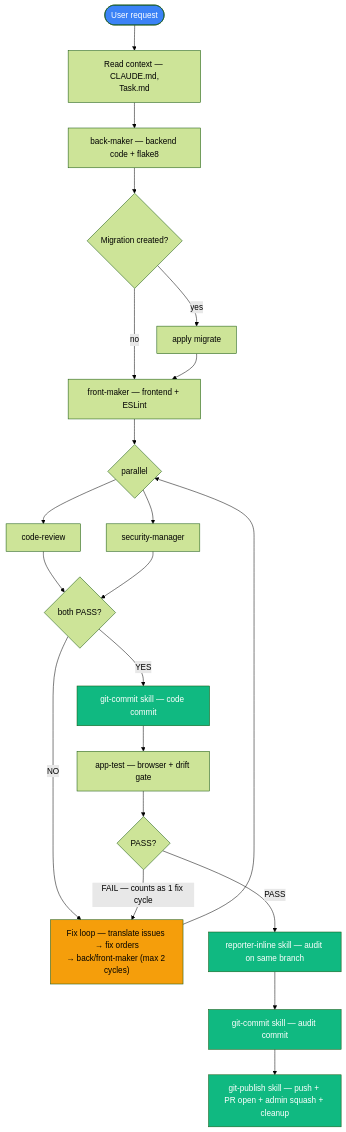
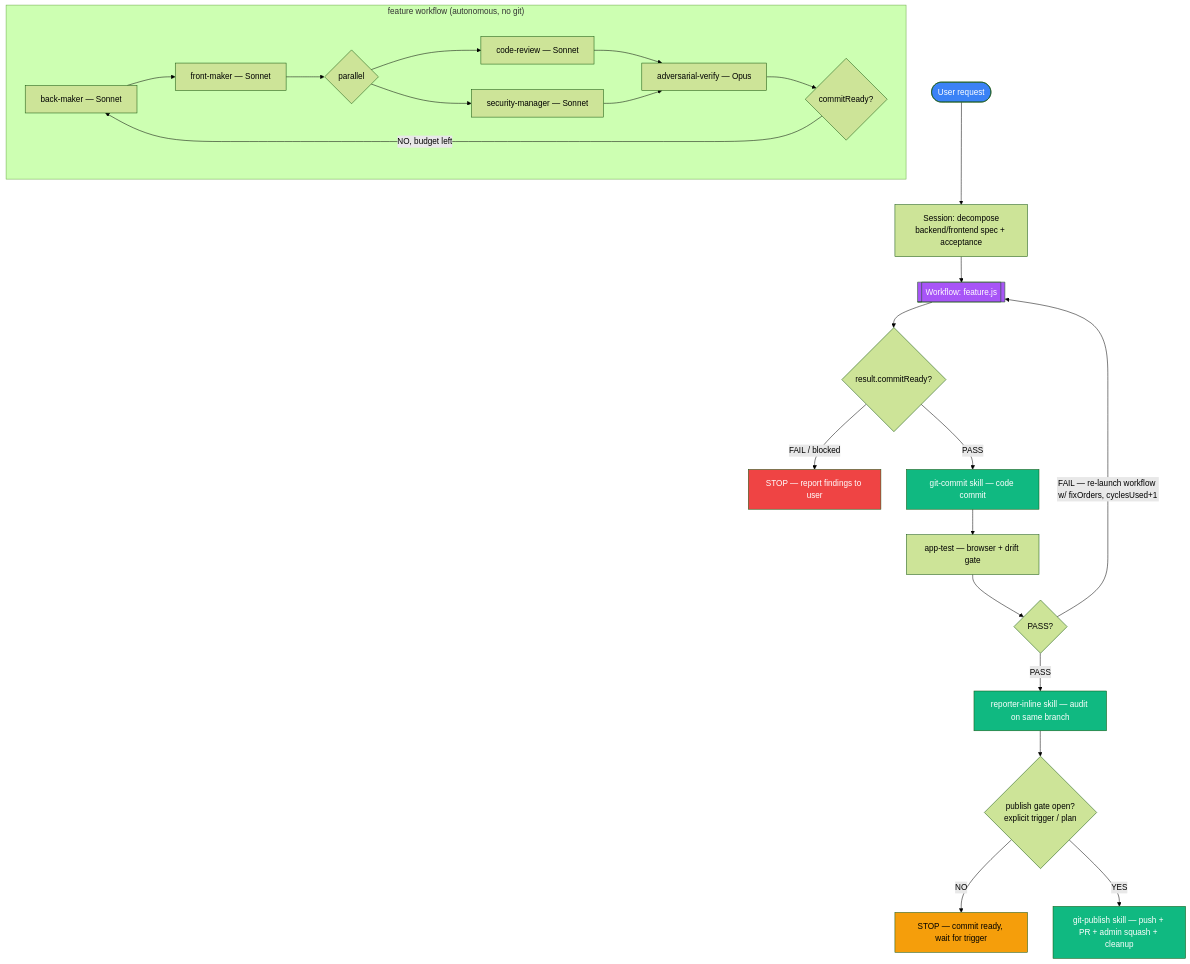
The second of 2 diagrams in .claude/WORKFLOW.md (hongikarchi/archi-tinder), drawn with Mermaid (forest theme) before and after one commit. The commit also changed other lines of this file and 95 other files, not shown here.

First line of the commit message:
deploy: batch #225->#246 — image right-size + Taste flow + discovery 113s->6s + algo-axis (#247)

````diff
--- a/.claude/WORKFLOW.md
+++ b/.claude/WORKFLOW.md
@@ -84,30 +122,33 @@
 ```mermaid
 flowchart TD
-    Start([User request]) --> Ctx[Read context — CLAUDE.md,<br/>Task.md]
-    Ctx --> BM[back-maker — backend code + flake8]
-    BM --> Mig{Migration created?}
-    Mig -->|yes| Migrate[apply migrate]
-    Mig -->|no| FM
-    Migrate --> FM[front-maker — frontend + ESLint]
-    FM --> Par{parallel}
-    Par --> RV[code-review]
-    Par --> SC[security-manager]
-    RV --> Dec{both PASS?}
-    SC --> Dec
-    Dec -->|NO| FL["Fix loop — translate issues → fix orders<br/>→ back/front-maker (max 2 cycles)"]
-    FL --> Par
-    Dec -->|YES| GC["git-commit skill — code commit"]
-    GC --> AT[app-test — browser + drift gate]
-    AT --> ATv{PASS?}
-    ATv -->|FAIL — counts as 1 fix cycle| FL
-    ATv -->|PASS| RIn["reporter-inline skill — audit on same branch"]
-    RIn --> GC2["git-commit skill — audit commit"]
-    GC2 --> PG["git-publish skill — push + PR open + admin squash + cleanup"]
+    Start(["User request"]) --> Dec["Session: decompose<br/>backend/frontend spec + acceptance"]
+    Dec --> WF[["Workflow: feature.js"]]
+    subgraph WF_INNER["feature workflow (autonomous, no git)"]
+      BM["back-maker — Sonnet"] --> FM["front-maker — Sonnet"]
+      FM --> Par{"parallel"}
+      Par --> RV["code-review — Sonnet"]
+      Par --> SC["security-manager — Sonnet"]
+      RV --> VF["adversarial-verify — Opus"]
+      SC --> VF
+      VF --> Dv{"commitReady?"}
+      Dv -->|"NO, budget left"| BM
+    end
+    WF --> Res{"result.commitReady?"}
+    Res -->|"FAIL / blocked"| Stop1["STOP — report findings to user"]
+    Res -->|"PASS"| GC["git-commit skill — code commit"]
+    GC --> AT["app-test — browser + drift gate"]
+    AT --> ATv{"PASS?"}
+    ATv -->|"FAIL — re-launch workflow w/ fixOrders, cyclesUsed+1"| WF
+    ATv -->|"PASS"| RIn["reporter-inline skill — audit on same branch"]
+    RIn --> PGate{"publish gate open?<br/>explicit trigger / plan"}
+    PGate -->|"NO"| Stop2["STOP — commit ready, wait for trigger"]
+    PGate -->|"YES"| PG["git-publish skill — push + PR + admin squash + cleanup"]
 
     style Start fill:#3b82f6,color:#fff
-    style FL fill:#f59e0b,color:#000
+    style WF fill:#a855f7,color:#fff
     style RIn fill:#10b981,color:#fff
     style GC fill:#10b981,color:#fff
-    style GC2 fill:#10b981,color:#fff
     style PG fill:#10b981,color:#fff
+    style Stop1 fill:#ef4444,color:#fff
+    style Stop2 fill:#f59e0b,color:#000
 ```
````
